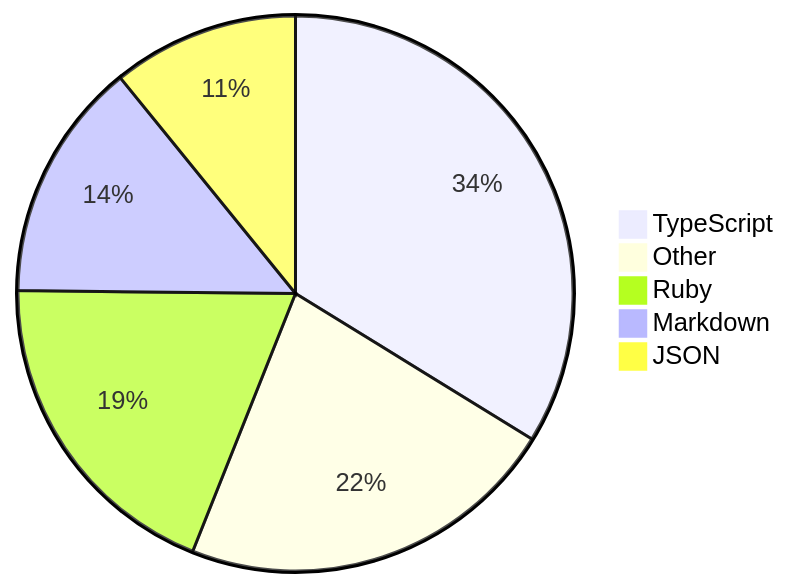
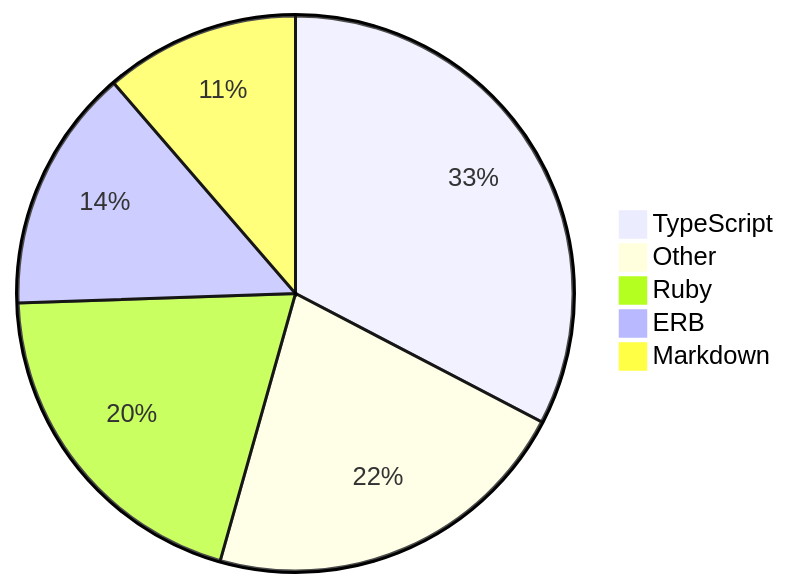
The diagram in README.md (skvggor/skvggor), drawn with Mermaid before and after one commit.

Commit message:
Updated waka-readme graph with new metrics

````diff
--- a/README.md
+++ b/README.md
@@ -35,8 +35,8 @@
 ```mermaid
 pie
-    "TypeScript" : 24.9
-    "Other" : 16.4
-    "Ruby" : 14.1
-    "Markdown" : 10.3
-    "JSON" : 8.0
+    "TypeScript" : 23.9
+    "Other" : 15.9
+    "Ruby" : 14.7
+    "ERB" : 10.4
+    "Markdown" : 8.3
 ```
````
